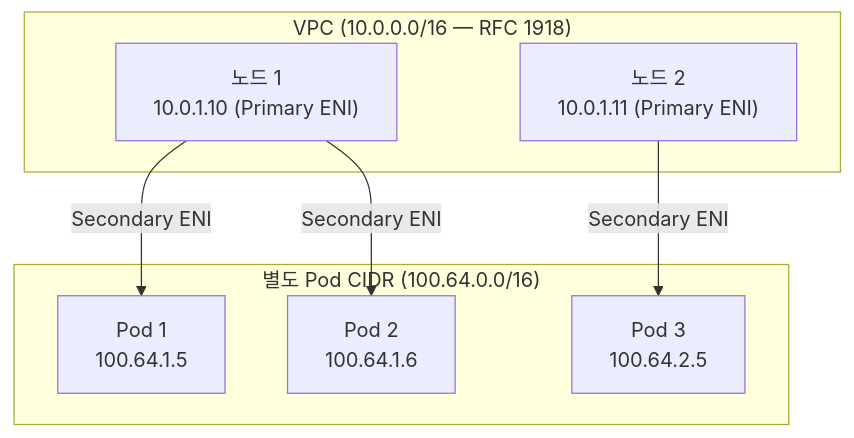
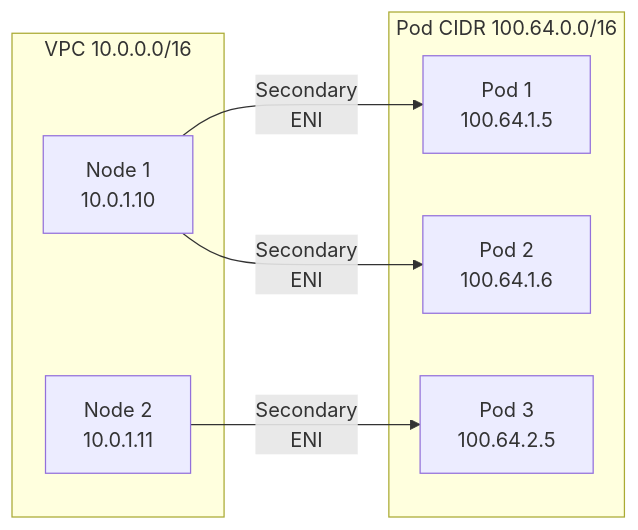
One commit to pyy0715/eks-pratice changed the second of 2 diagrams in docs/week2/2_ip-modes.md. Above: the diagram before and after it, drawn with Mermaid. The commit also changed other lines of this file and 10 other files, not shown here.

````diff
--- a/docs/week2/2_ip-modes.md
+++ b/docs/week2/2_ip-modes.md
@@ -139,15 +105,17 @@
     ```mermaid
-    graph TD
-        subgraph VPC["VPC (10.0.0.0/16 — RFC 1918)"]
-            Node1["노드 1\n10.0.1.10 (Primary ENI)"]
-            Node2["노드 2\n10.0.1.11 (Primary ENI)"]
-        end
-        subgraph PodCIDR["별도 Pod CIDR (100.64.0.0/16)"]
-            Pod1["Pod 1\n100.64.1.5"]
-            Pod2["Pod 2\n100.64.1.6"]
-            Pod3["Pod 3\n100.64.2.5"]
-        end
-        Node1 -->|Secondary ENI| Pod1
-        Node1 -->|Secondary ENI| Pod2
-        Node2 -->|Secondary ENI| Pod3
+      graph LR
+          subgraph VPC["VPC 10.0.0.0/16"]
+              Node1["Node 1<br/>10.0.1.10"]
+              Node2["Node 2<br/>10.0.1.11"]
+          end
+      
+          subgraph PodCIDR["Pod CIDR 100.64.0.0/16"]
+              Pod1["Pod 1<br/>100.64.1.5"]
+              Pod2["Pod 2<br/>100.64.1.6"]
+              Pod3["Pod 3<br/>100.64.2.5"]
+          end
+      
+          Node1 -->|Secondary<br/>ENI| Pod1
+          Node1 -->|Secondary<br/>ENI| Pod2
+          Node2 -->|Secondary<br/>ENI| Pod3
     ```
````
